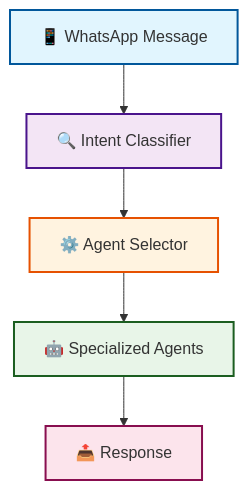
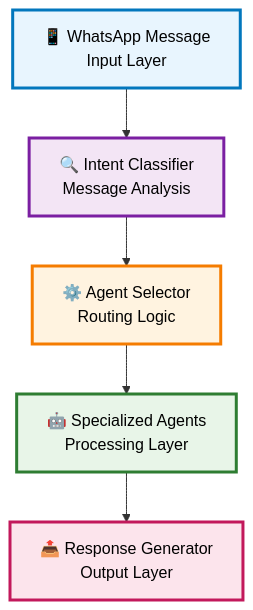
Before and after one commit to KaifAhmad1/memorae: the first of 9 diagrams in README.md, drawn with Mermaid. The commit also changed other lines of this file, not shown here.

````diff
--- a/README.md
+++ b/README.md
@@ -17,13 +17,13 @@
 ```mermaid
 flowchart TD
-    A[📱 WhatsApp Message] --> B[🔍 Intent Classifier]
-    B --> C[⚙️ Agent Selector]
-    C --> D[🤖 Specialized Agents]
-    D --> E[📤 Response]
+    A["📱 WhatsApp Message<br/>Input Layer"] --> B["🔍 Intent Classifier<br/>Message Analysis"]
+    B --> C["⚙️ Agent Selector<br/>Routing Logic"]
+    C --> D["🤖 Specialized Agents<br/>Processing Layer"]
+    D --> E["📤 Response Generator<br/>Output Layer"]
     
-    style A fill:#e1f5fe,stroke:#01579b,stroke-width:2px
-    style B fill:#f3e5f5,stroke:#4a148c,stroke-width:2px
-    style C fill:#fff3e0,stroke:#e65100,stroke-width:2px
-    style D fill:#e8f5e8,stroke:#1b5e20,stroke-width:2px
-    style E fill:#fce4ec,stroke:#880e4f,stroke-width:2px
+    style A fill:#e8f5fe,stroke:#0277bd,stroke-width:3px,color:#000
+    style B fill:#f3e5f5,stroke:#7b1fa2,stroke-width:3px,color:#000
+    style C fill:#fff3e0,stroke:#f57c00,stroke-width:3px,color:#000
+    style D fill:#e8f5e8,stroke:#2e7d32,stroke-width:3px,color:#000
+    style E fill:#fce4ec,stroke:#c2185b,stroke-width:3px,color:#000
 ```
````
